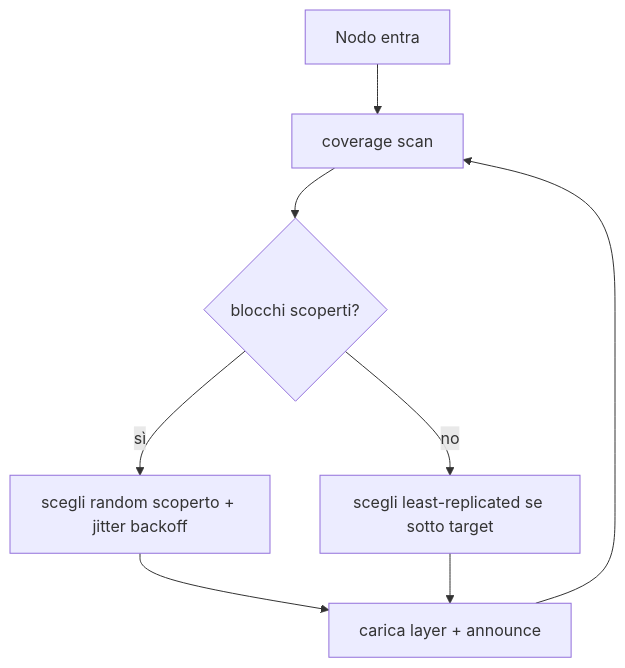
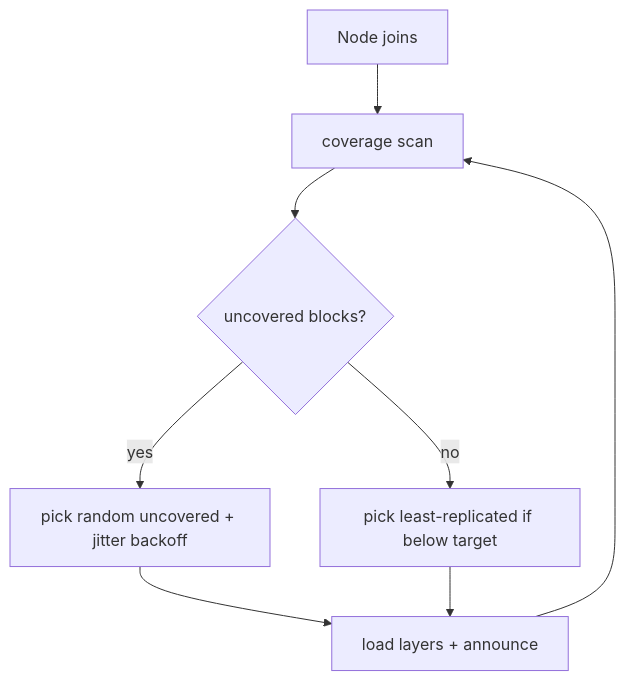
Before and after one commit to babelfornet/eujeno: the diagram in docs/prd/part-2-discovery-routing.md, drawn with Mermaid. The commit also changed other lines of this file and 34 other files, not shown here.

````diff
--- a/docs/prd/part-2-discovery-routing.md
+++ b/docs/prd/part-2-discovery-routing.md
@@ -61,10 +61,10 @@
 ```mermaid
 flowchart TD
-    J[Nodo entra] --> S[coverage scan]
-    S --> U{blocchi scoperti?}
-    U -- sì --> P[scegli random scoperto + jitter backoff]
-    U -- no --> L[scegli least-replicated se sotto target]
-    P --> LD[carica layer + announce]
+    J[Node joins] --> S[coverage scan]
+    S --> U{uncovered blocks?}
+    U -- yes --> P[pick random uncovered + jitter backoff]
+    U -- no --> L[pick least-replicated if below target]
+    P --> LD[load layers + announce]
     L --> LD
     LD --> S
 ```
````
